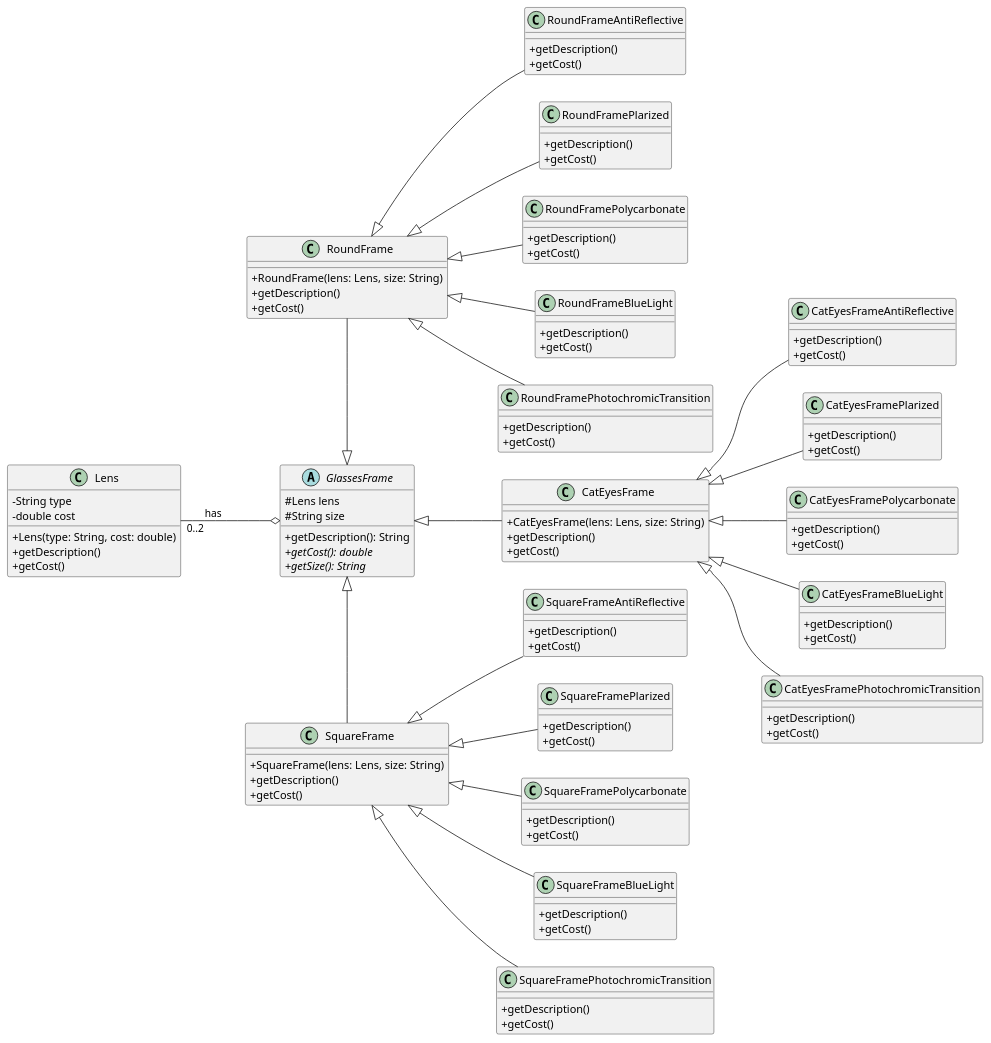
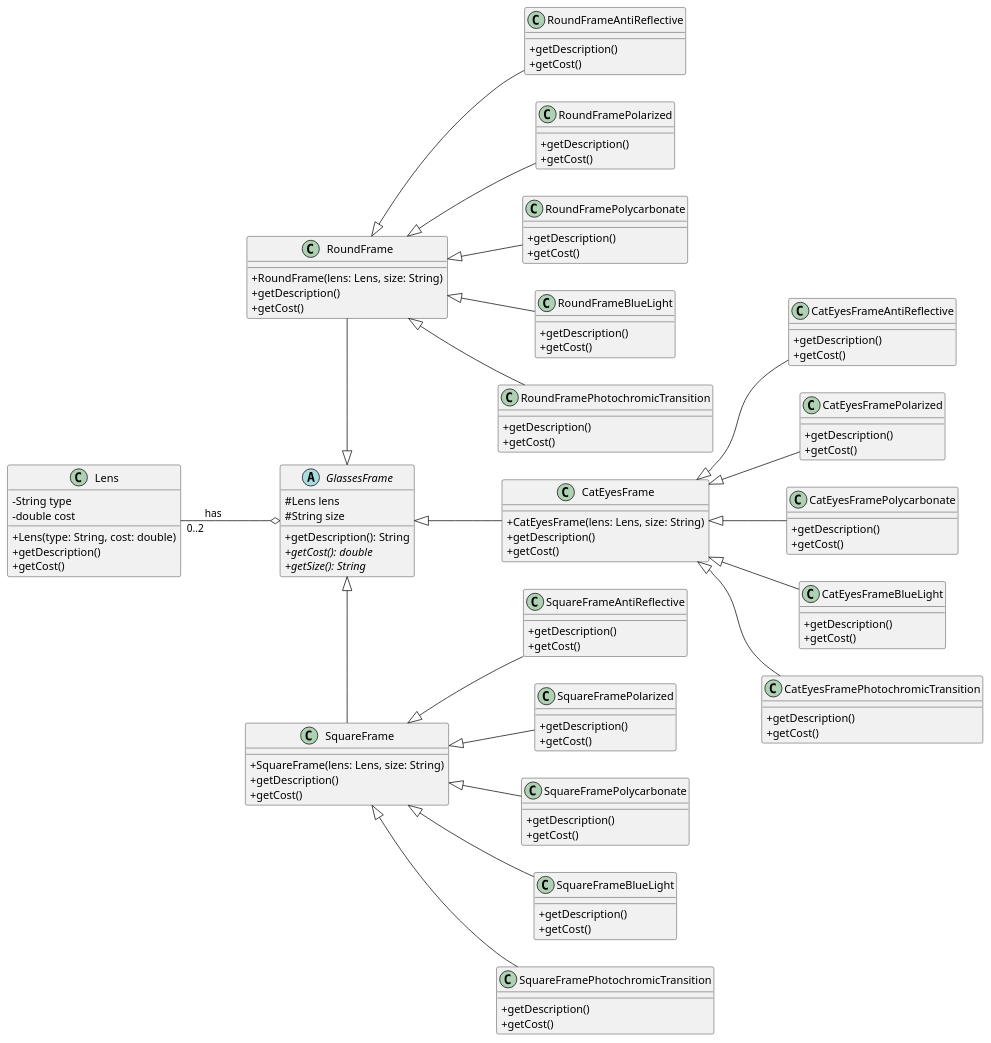
Before and after one commit to skadiri94/SoftwareDesignPattern: the diagram in src/Decorator/Glasses/ExtensionPlan.puml, drawn with PlantUML. The commit also changed 14 other files, not shown here.

```diff
--- a/src/Decorator/Glasses/ExtensionPlan.puml
+++ b/src/Decorator/Glasses/ExtensionPlan.puml
@@ -1,136 +1,136 @@
 @startuml
 left to right direction
 
 skinparam classAttributeIconSize 0
 
 abstract class GlassesFrame {
 #Lens lens
 #String size
 
 +getDescription(): String
 {abstract} +getCost(): double
 {abstract} +getSize(): String
 
 
 }
 class Lens {
 -String type
 -double cost
 + Lens(type: String, cost: double)
 + getDescription()
 +getCost()
 
 }
 
 class RoundFrame {
 +RoundFrame(lens: Lens, size: String)
 + getDescription()
 +getCost()
 }
 
 class CatEyesFrame {
 +CatEyesFrame(lens: Lens, size: String)
 + getDescription()
 +getCost()
 }
 
 class SquareFrame {
 +SquareFrame(lens: Lens, size: String)
 + getDescription()
 +getCost()
 }
 
 class CatEyesFrameAntiReflective{
 + getDescription()
 +getCost()
 }
-class CatEyesFramePlarized{
+class CatEyesFramePolarized{
 + getDescription()
 +getCost()
 }
 class CatEyesFramePolycarbonate{
 + getDescription()
 +getCost()
 }
 class CatEyesFrameBlueLight{
 + getDescription()
 +getCost()
 }
 class CatEyesFramePhotochromicTransition{
 + getDescription()
 +getCost()
 }
 
 class SquareFrameAntiReflective{
 + getDescription()
 +getCost()
 }
-class SquareFramePlarized{
+class SquareFramePolarized{
 + getDescription()
 +getCost()
 }
 class SquareFramePolycarbonate{
 + getDescription()
 +getCost()
 }
 class SquareFrameBlueLight{
 + getDescription()
 +getCost()
 }
 class SquareFramePhotochromicTransition{
 + getDescription()
 +getCost()
 }
 
 class RoundFrameAntiReflective{
 + getDescription()
 +getCost()
 }
-class RoundFramePlarized{
+class RoundFramePolarized{
 + getDescription()
 +getCost()
 }
 class RoundFramePolycarbonate{
 + getDescription()
 +getCost()
 }
 class RoundFrameBlueLight{
 + getDescription()
 +getCost()
 }
 class RoundFramePhotochromicTransition{
 + getDescription()
 +getCost()
 }
 
 GlassesFrame o--up"0..2" Lens : has
 
 GlassesFrame <|--right SquareFrame
 GlassesFrame <|--left RoundFrame
 GlassesFrame <|-- CatEyesFrame
 
-CatEyesFrame <|-- CatEyesFramePlarized
+CatEyesFrame <|-- CatEyesFramePolarized
 CatEyesFrame <|-- CatEyesFrameAntiReflective
 CatEyesFrame <|-- CatEyesFramePolycarbonate
 CatEyesFrame <|-- CatEyesFrameBlueLight
 CatEyesFrame <|-- CatEyesFramePhotochromicTransition
 
-SquareFrame <|-- SquareFramePlarized
+SquareFrame <|-- SquareFramePolarized
 SquareFrame <|-- SquareFrameAntiReflective
 SquareFrame <|-- SquareFramePolycarbonate
 SquareFrame <|-- SquareFrameBlueLight
 SquareFrame <|-- SquareFramePhotochromicTransition
 
 
-RoundFrame <|-- RoundFramePlarized
+RoundFrame <|-- RoundFramePolarized
 RoundFrame <|-- RoundFrameAntiReflective
 RoundFrame <|-- RoundFramePolycarbonate
 RoundFrame <|-- RoundFrameBlueLight
 RoundFrame <|-- RoundFramePhotochromicTransition
 
 
 
 
 
 
 @enduml
```
